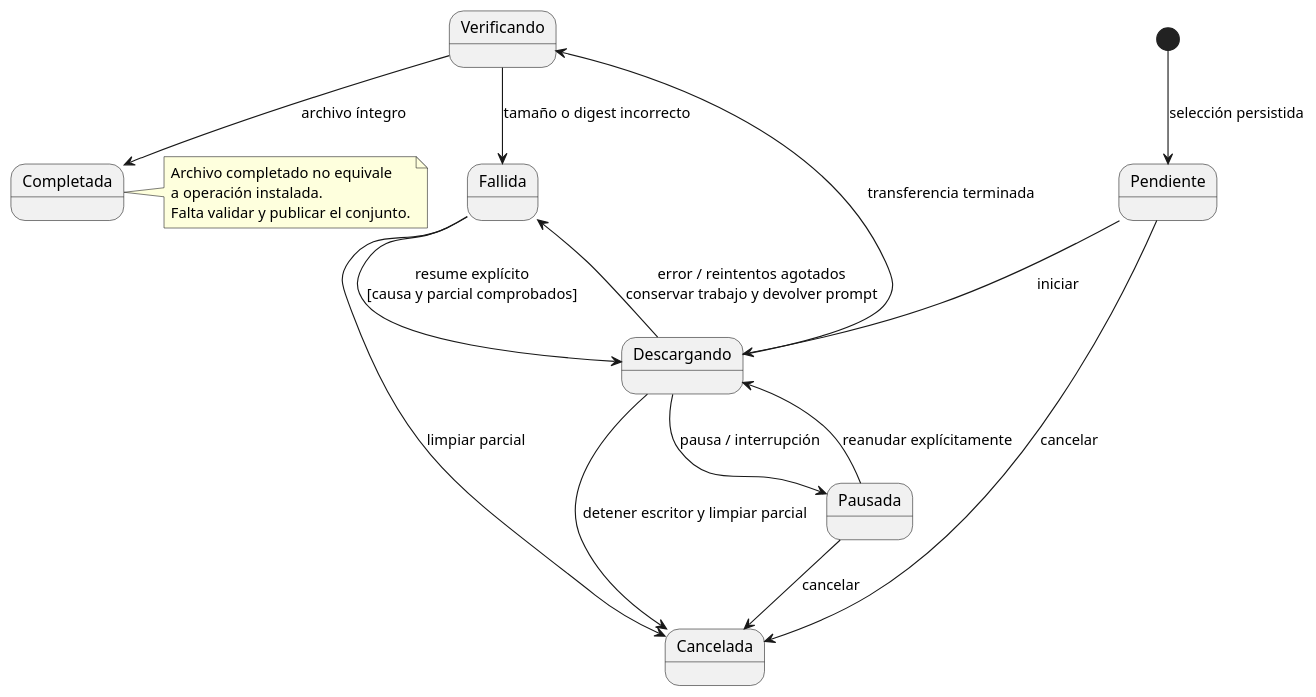
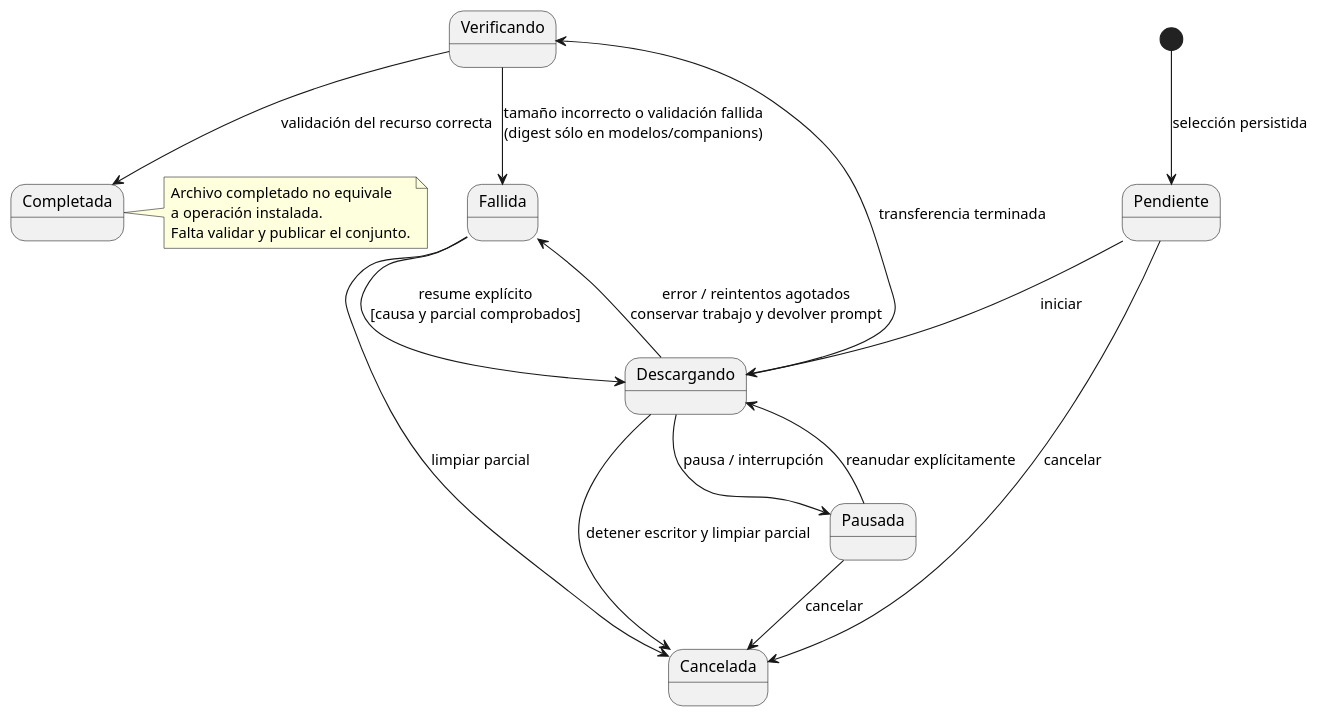
Before and after one commit to mstranich/coquena: the second of 2 diagrams in docs/descargas.md, drawn with PlantUML. The commit also changed other lines of this file and 10 other files, not shown here.

````diff
--- a/docs/descargas.md
+++ b/docs/descargas.md
@@ -134,22 +134,22 @@
 ```plantuml
 @startuml
 [*] --> Pendiente : selección persistida
 Pendiente --> Descargando : iniciar
 Descargando --> Pausada : pausa / interrupción
 Pausada --> Descargando : reanudar explícitamente
 Descargando --> Verificando : transferencia terminada
-Verificando --> Completada : archivo íntegro
+Verificando --> Completada : validación del recurso correcta
 Descargando --> Fallida : error / reintentos agotados\nconservar trabajo y devolver prompt
-Verificando --> Fallida : tamaño o digest incorrecto
+Verificando --> Fallida : tamaño incorrecto o validación fallida\n(digest sólo en modelos/companions)
 Fallida --> Descargando : resume explícito\n[causa y parcial comprobados]
 Pendiente --> Cancelada : cancelar
 Pausada --> Cancelada : cancelar
 Descargando --> Cancelada : detener escritor y limpiar parcial
 Fallida --> Cancelada : limpiar parcial
 note right of Completada
   Archivo completado no equivale
   a operación instalada.
   Falta validar y publicar el conjunto.
 end note
 @enduml
 ```
````
